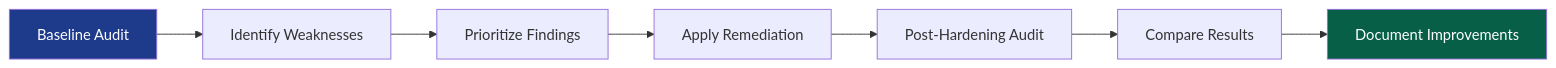
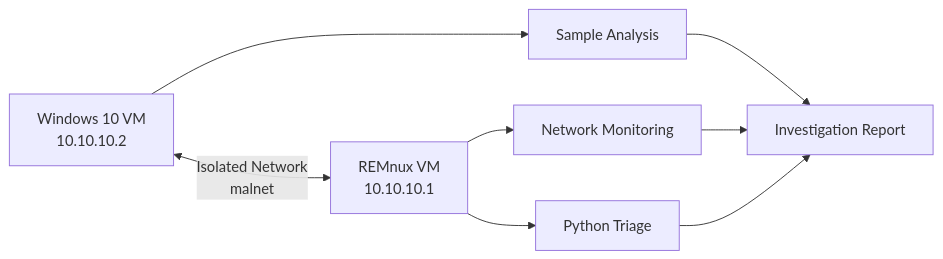
The first of 2 diagrams in README.md (manasvig-cyber/Nexvia-Tech--CyberSecurity-Projects), drawn with Mermaid before and after one commit. The commit also changed other lines of this file, not shown here.

````diff
--- a/README.md
+++ b/README.md
@@ -679,12 +17,10 @@
 ```mermaid
 flowchart LR
-    A["Baseline Audit"] --> B["Identify Weaknesses"]
-    B --> C["Prioritize Findings"]
-    C --> D["Apply Remediation"]
-    D --> E["Post-Hardening Audit"]
-    E --> F["Compare Results"]
-    F --> G["Document Improvements"]
-
-    style A fill:#1e3a8a,color:#fff
-    style G fill:#065f46,color:#fff
+    A["Windows 10 VM<br/>10.10.10.2"] <-->|"Isolated Network<br/>malnet"| B["REMnux VM<br/>10.10.10.1"]
+    A --> C["Sample Analysis"]
+    B --> D["Network Monitoring"]
+    B --> E["Python Triage"]
+    C --> F["Investigation Report"]
+    D --> F
+    E --> F
 ```
````
